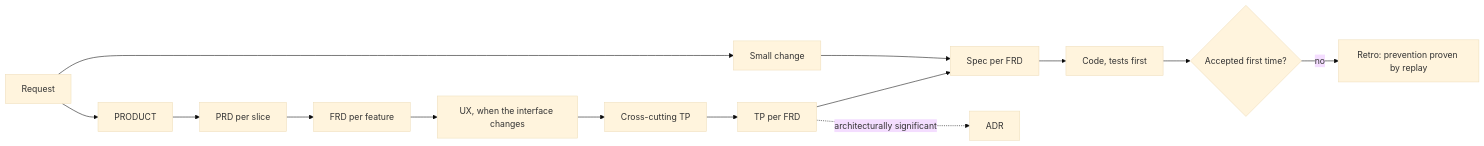
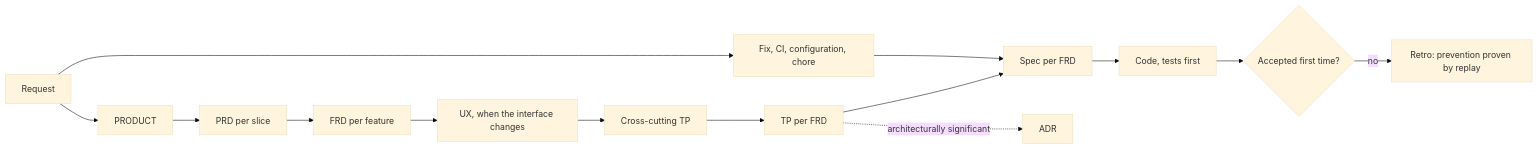
One commit to antonygiomarxdev/scriptorium changed the diagram in skills/scriptorium/SKILL.md. Above: the diagram before and after it, drawn with Mermaid (base theme). The commit also changed other lines of this file and 13 other files, not shown here.

````diff
--- a/skills/scriptorium/SKILL.md
+++ b/skills/scriptorium/SKILL.md
@@ -12,8 +12,8 @@
 ```mermaid
 flowchart LR
   R[Request] --> P[PRODUCT] --> PRD[PRD per slice] --> FRD[FRD per feature] --> UX[UX, when the interface changes] --> CTP[Cross-cutting TP] --> TP[TP per FRD] --> S[Spec per FRD] --> C[Code, tests first]
-  R --> SP[Small change] --> S
+  R --> SP[Fix, CI, configuration, chore] --> S
   TP -. architecturally significant .-> ADR[ADR]
   C --> RV{Accepted first time?}
   RV -- no --> RT[Retro: prevention proven by replay]
 ```
````
